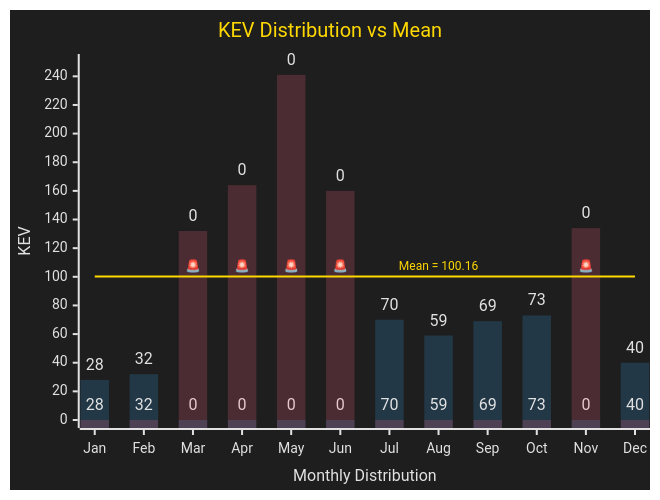
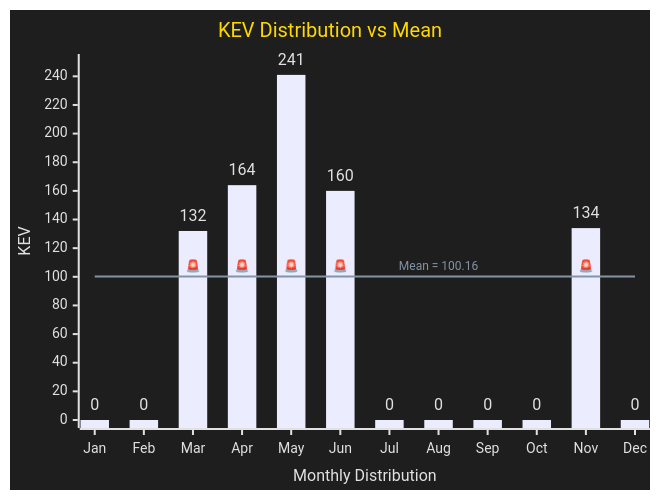
The diagram in mdfiles/cisakev36m.md (myseq/makeshift), drawn with Mermaid before and after one commit.

Commit message:
updated data

````diff
--- a/mdfiles/cisakev36m.md
+++ b/mdfiles/cisakev36m.md
@@ -3,35 +3,31 @@
 ```mermaid
 ---
 config:
     xyChart:
         width: 640
         height: 480
         showLegend: true
         showDataLabel: true
         showDataLabelOutsideBar: true
     themeVariables:
         xyChart:
             backgroundColor: "#1e1e1e"
             titleColor: "#ffd800"
             dataLabelColor: "#e1e1e1"
             xAxisLabelColor: "#e1e1e1"
             xAxisTitleColor: "#e1e1e1"
             xAxisTickColor: "#e1e1e1"
             xAxisLineColor: "#e1e1e1"
             yAxisLabelColor: "#e1e1e1"
             yAxisTitleColor: "#e1e1e1"
             yAxisTickColor: "#e1e1e1"
             yAxisLineColor: "#e1e1e1"
-            plotColorPalette: '#36A2EB33, #FF638433, #ffd800'
-
-
 ---
 xychart
     title "KEV Distribution vs Mean"
     x-axis "Monthly Distribution" [Jan, Feb, Mar, Apr, May, Jun, Jul, Aug, Sep, Oct, Nov, Dec]
     y-axis "KEV"  0 --> 250
-    bar "below" [28, 32, 0, 0, 0, 0, 70, 59, 69, 73, 0, 40]
     bar "above" [ 0,  0, 132, 164, 241, 160, 0, 0, 0, 0, 134, 0]
     line "mean" [100.16, 100.16, 100.16 "🚨", 100.16 "🚨", 100.16 "🚨", 100.16 "🚨", 100.16, 100.16 "Mean = 100.16", 100.16, 100.16, 100.16 "🚨", 100.16]
 
 ```
````
